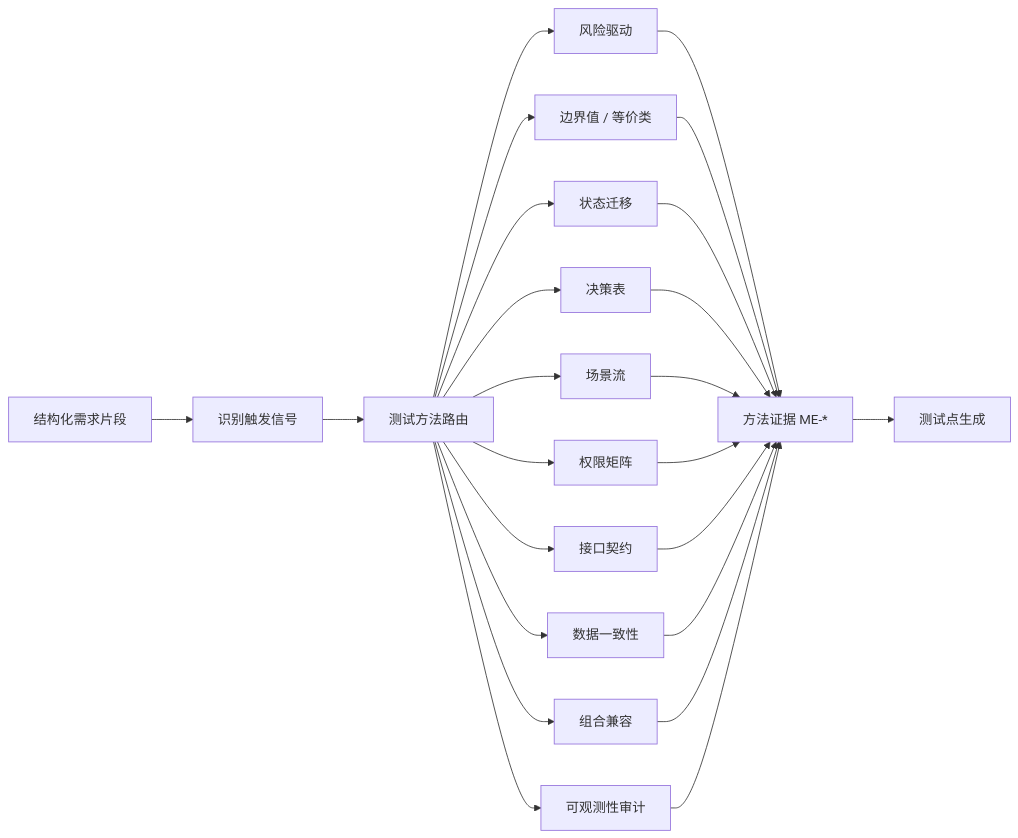
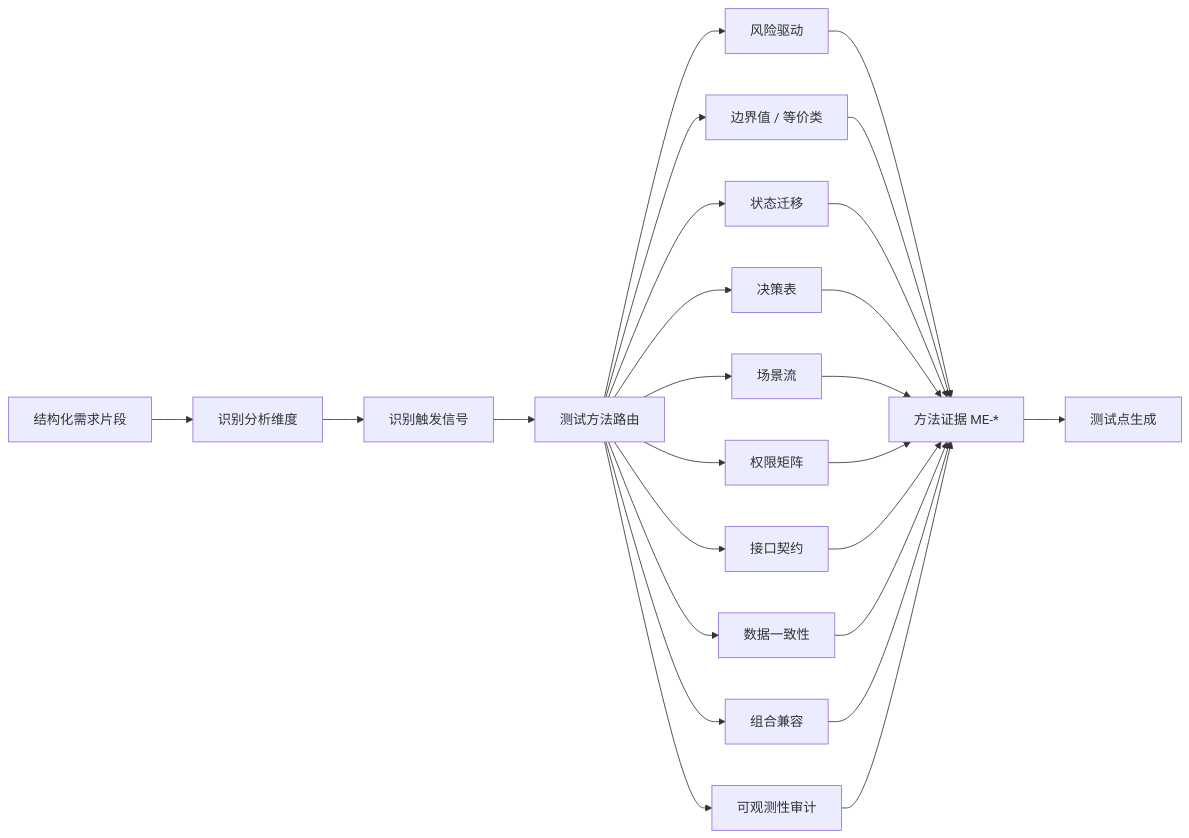
The fifth of 8 diagrams in docs/test-analysis-agent-design.md (szluoqy-byte/Test-Analysis-Agent), drawn with Mermaid before and after one commit. The commit also changed other lines of this file and 55 other files, not shown here.

````diff
--- a/docs/test-analysis-agent-design.md
+++ b/docs/test-analysis-agent-design.md
@@ -270,28 +276,29 @@
 ```mermaid
 flowchart LR
-  Req["结构化需求片段"] --> Signal["识别触发信号"]
+  Req["结构化需求片段"] --> Dimension["识别分析维度"]
+  Dimension --> Signal["识别触发信号"]
   Signal --> Router["测试方法路由"]
 
   Router --> Risk["风险驱动"]
   Router --> Boundary["边界值 / 等价类"]
   Router --> State["状态迁移"]
   Router --> Decision["决策表"]
   Router --> Scenario["场景流"]
   Router --> Permission["权限矩阵"]
   Router --> Interface["接口契约"]
   Router --> Data["数据一致性"]
   Router --> Combo["组合兼容"]
   Router --> Observability["可观测性审计"]
 
   Risk --> Evidence["方法证据 ME-*"]
   Boundary --> Evidence
   State --> Evidence
   Decision --> Evidence
   Scenario --> Evidence
   Permission --> Evidence
   Interface --> Evidence
   Data --> Evidence
   Combo --> Evidence
   Observability --> Evidence
   Evidence --> Points["测试点生成"]
 ```
````
